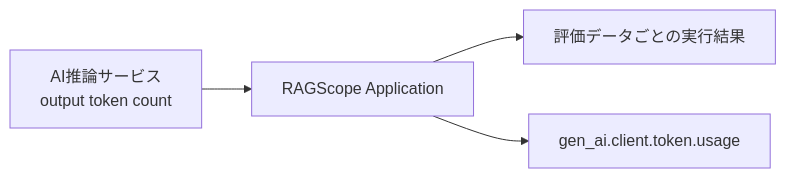
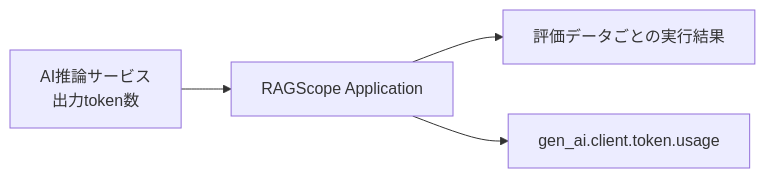
Before and after one commit to takashit16833/Workbench: the fourth of 4 diagrams in Notes/RAGScope/RAGScopeアプリケーション/RS-0023 Metrics設計メモ.md, drawn with Mermaid. The commit also changed other lines of this file, not shown here.

````diff
--- a/Notes/RAGScope/RAGScopeアプリケーション/RS-0023 Metrics設計メモ.md
+++ b/Notes/RAGScope/RAGScopeアプリケーション/RS-0023 Metrics設計メモ.md
@@ -153,6 +153,6 @@
 ```mermaid
 flowchart LR
-    AI["AI推論サービス<br>output token count"] --> APP["RAGScope Application"]
+    AI["AI推論サービス<br>出力token数"] --> APP["RAGScope Application"]
     APP --> RESULT["評価データごとの実行結果"]
     APP --> METRIC["gen_ai.client.token.usage"]
 ```
````
